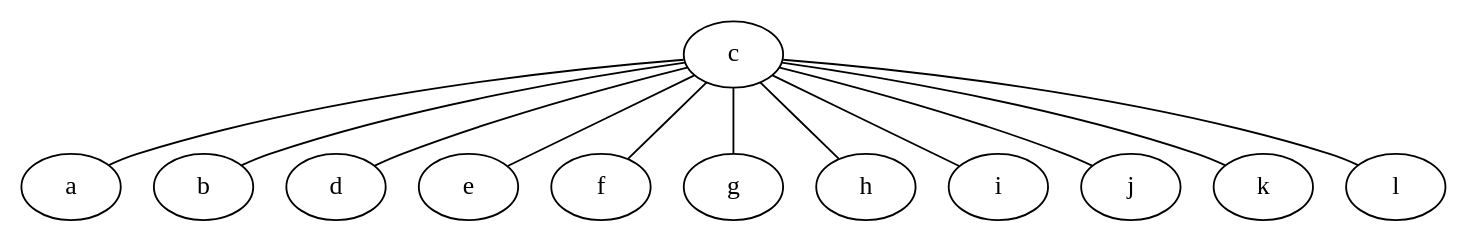
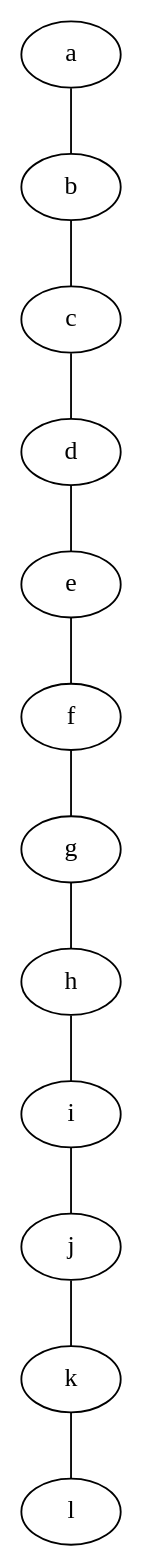
One commit to pedrodemargomes/grafos_trab2 changed the diagram in testes/grafo3.dot. Above: the diagram before and after it, drawn with Graphviz.

Commit message:
falta testar

```diff
--- a/testes/grafo3.dot
+++ b/testes/grafo3.dot
@@ -1,14 +1,14 @@
 graph graphname {
 
-	c -- a
-	c -- b
+	a -- b
+	b -- c
 	c -- d
-	c -- e
-	c -- f
-	c -- g
-	c -- h
-	c -- i
-	c -- j
-	c -- k
-	c -- l
+	d -- e
+	e -- f
+	f -- g
+	g -- h
+	h -- i
+	i -- j
+	j -- k
+	k -- l
 }
```
